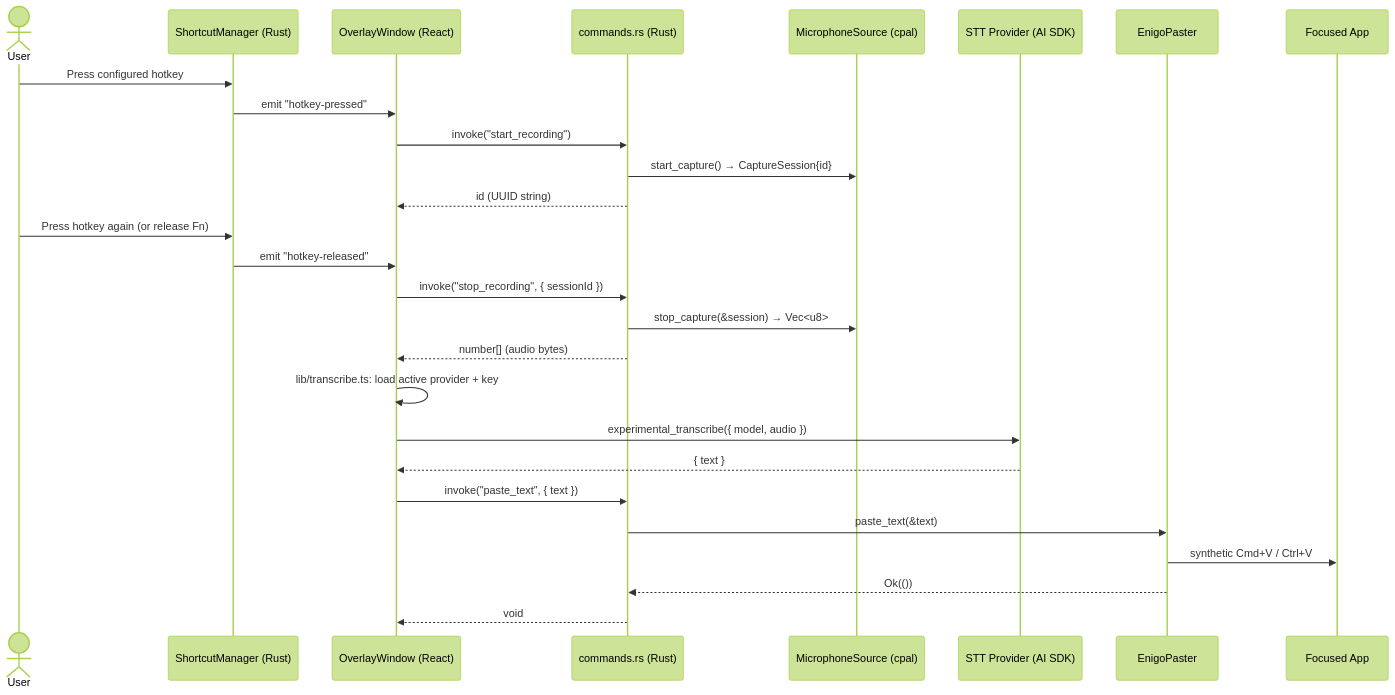
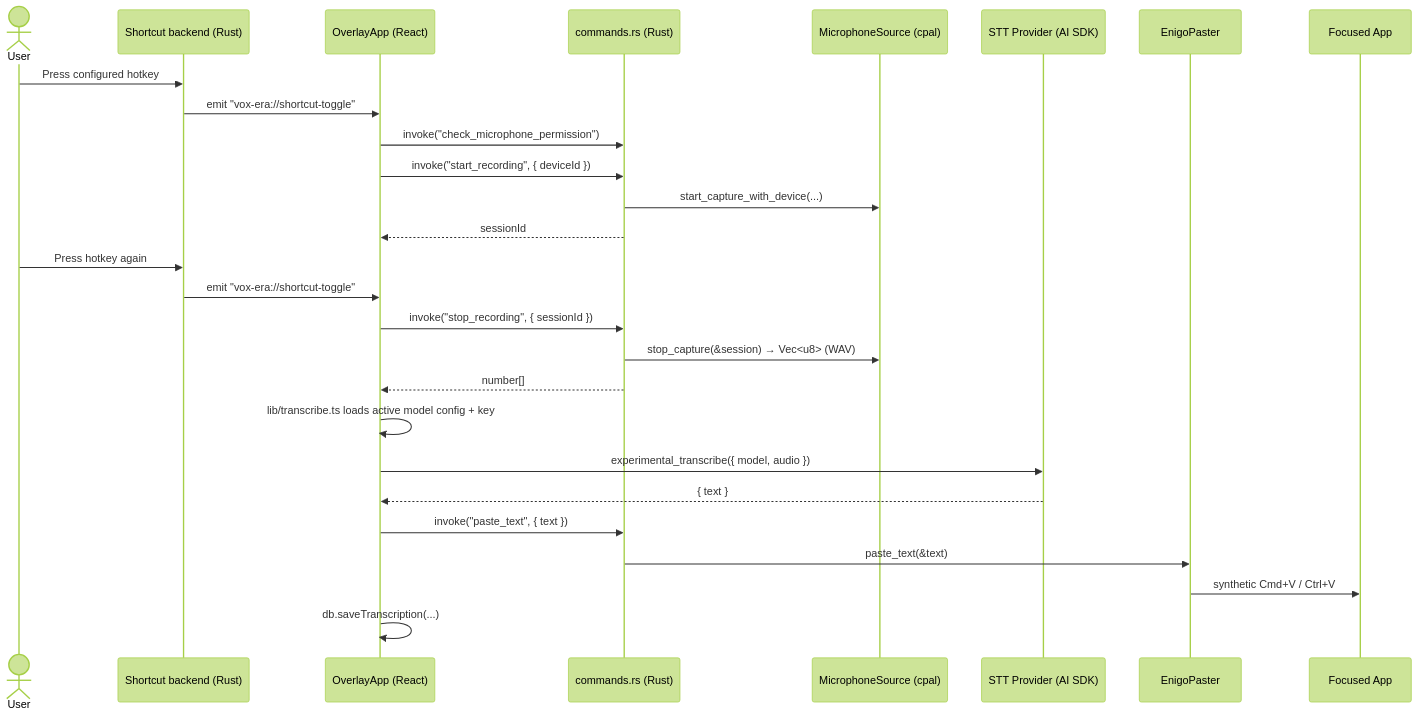
The diagram in docs/architecture.md (programow/ada), drawn with Mermaid (forest theme) before and after one commit. The commit also changed other lines of this file and 10 other files, not shown here.

First line of the commit message:
docs: align docs with shipped Vox Era implementation

````diff
--- a/docs/architecture.md
+++ b/docs/architecture.md
@@ -133,30 +115,30 @@
 ```mermaid
 sequenceDiagram
     actor User
-    participant Shortcut as ShortcutManager (Rust)
-    participant Overlay as OverlayWindow (React)
+    participant Shortcut as Shortcut backend (Rust)
+    participant Overlay as OverlayApp (React)
     participant Cmd as commands.rs (Rust)
     participant Audio as MicrophoneSource (cpal)
     participant Provider as STT Provider (AI SDK)
     participant Paster as EnigoPaster
     participant Focused as Focused App
 
     User->>Shortcut: Press configured hotkey
-    Shortcut->>Overlay: emit "hotkey-pressed"
-    Overlay->>Cmd: invoke("start_recording")
-    Cmd->>Audio: start_capture() → CaptureSession{id}
-    Cmd-->>Overlay: id (UUID string)
-    User->>Shortcut: Press hotkey again (or release Fn)
-    Shortcut->>Overlay: emit "hotkey-released"
+    Shortcut->>Overlay: emit "vox-era://shortcut-toggle"
+    Overlay->>Cmd: invoke("check_microphone_permission")
+    Overlay->>Cmd: invoke("start_recording", { deviceId })
+    Cmd->>Audio: start_capture_with_device(...)
+    Cmd-->>Overlay: sessionId
+    User->>Shortcut: Press hotkey again
+    Shortcut->>Overlay: emit "vox-era://shortcut-toggle"
     Overlay->>Cmd: invoke("stop_recording", { sessionId })
-    Cmd->>Audio: stop_capture(&session) → Vec<u8>
-    Cmd-->>Overlay: number[] (audio bytes)
-    Overlay->>Overlay: lib/transcribe.ts: load active provider + key
+    Cmd->>Audio: stop_capture(&session) → Vec<u8> (WAV)
+    Cmd-->>Overlay: number[]
+    Overlay->>Overlay: lib/transcribe.ts loads active model config + key
     Overlay->>Provider: experimental_transcribe({ model, audio })
     Provider-->>Overlay: { text }
     Overlay->>Cmd: invoke("paste_text", { text })
     Cmd->>Paster: paste_text(&text)
     Paster->>Focused: synthetic Cmd+V / Ctrl+V
-    Paster-->>Cmd: Ok(())
-    Cmd-->>Overlay: void
+    Overlay->>Overlay: db.saveTranscription(...)
 ```
````
